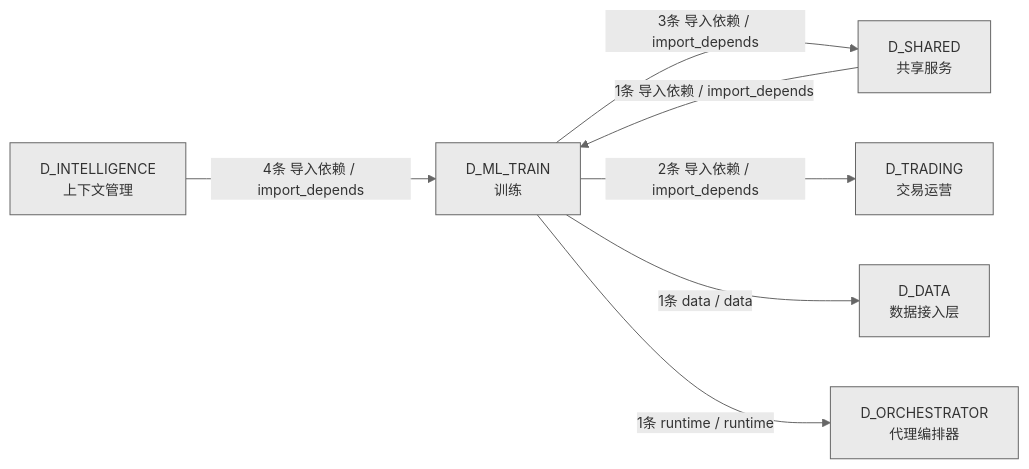
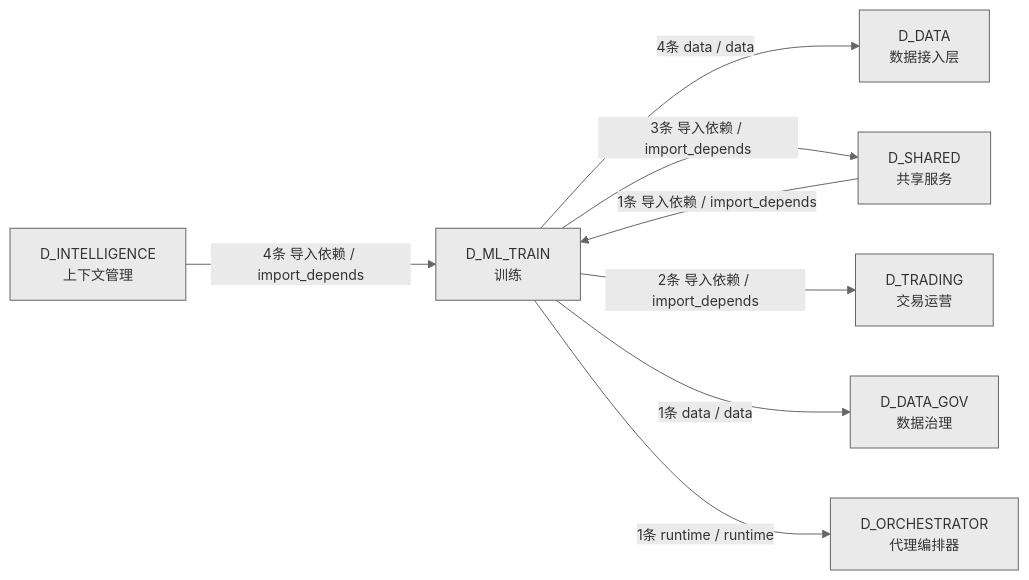
One commit to xuanFelixVan/ZephyrAlpha changed the fourth of 4 diagrams in docs/02_enterprise_architecture/02_domain_architecture_docs/61_d_ml_train.md. Above: the diagram before and after it, drawn with Mermaid. The commit also changed other lines of this file and 4 other files, not shown here.

````diff
--- a/docs/02_enterprise_architecture/02_domain_architecture_docs/61_d_ml_train.md
+++ b/docs/02_enterprise_architecture/02_domain_architecture_docs/61_d_ml_train.md
@@ -166,16 +175,18 @@
 ```mermaid
 %%{init: {'theme': 'base', 'themeVariables': {'primaryColor': '#eaeaea', 'primaryTextColor': '#333333', 'primaryBorderColor': '#666666', 'lineColor': '#666666', 'secondaryColor': '#eaeaea', 'tertiaryColor': '#eaeaea', 'fontSize': '14px'}}}%%
 graph LR
     D_ML_TRAIN["D_ML_TRAIN<br/>训练"]
+    D_DATA["D_DATA<br/>数据接入层"]
     D_SHARED["D_SHARED<br/>共享服务"]
     D_TRADING["D_TRADING<br/>交易运营"]
-    D_DATA["D_DATA<br/>数据接入层"]
+    D_DATA_GOV["D_DATA_GOV<br/>数据治理"]
     D_ORCHESTRATOR["D_ORCHESTRATOR<br/>代理编排器"]
     D_INTELLIGENCE["D_INTELLIGENCE<br/>上下文管理"]
+    D_ML_TRAIN -->|4条 data / data| D_DATA
     D_ML_TRAIN -->|3条 导入依赖 / import_depends| D_SHARED
     D_ML_TRAIN -->|2条 导入依赖 / import_depends| D_TRADING
-    D_ML_TRAIN -->|1条 data / data| D_DATA
+    D_ML_TRAIN -->|1条 data / data| D_DATA_GOV
     D_ML_TRAIN -->|1条 runtime / runtime| D_ORCHESTRATOR
     D_INTELLIGENCE -->|4条 导入依赖 / import_depends| D_ML_TRAIN
     D_SHARED -->|1条 导入依赖 / import_depends| D_ML_TRAIN
 ```
````
